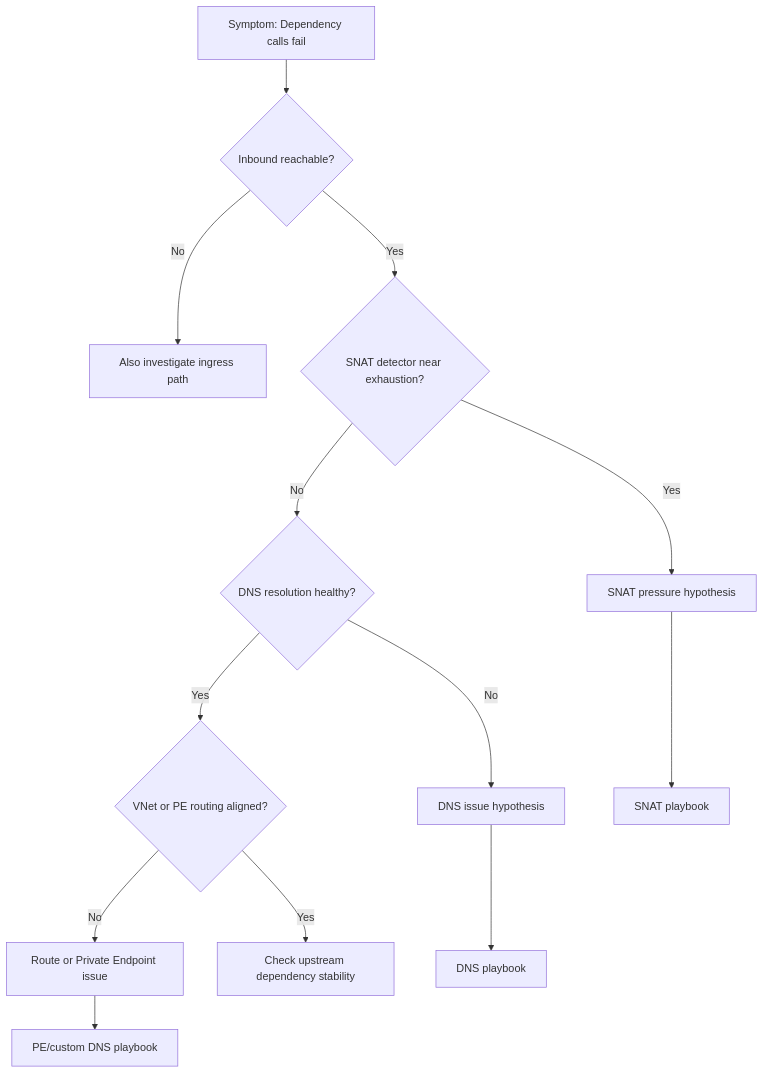
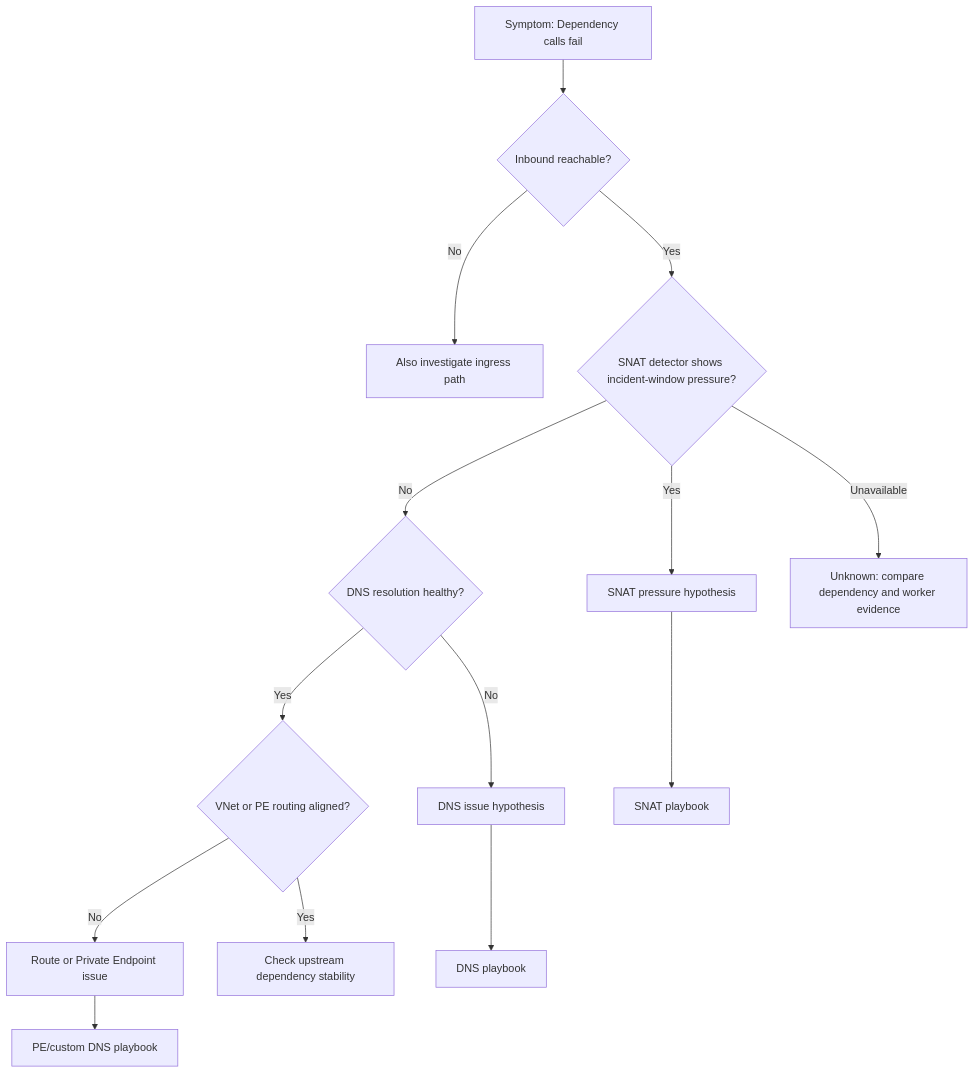
One commit to yeongseon/azure-app-service-practical-guide changed the diagram in docs/troubleshooting/first-10-minutes/outbound-network.md. Above: the diagram before and after it, drawn with Mermaid. The commit also changed other lines of this file and 11 other files, not shown here.

````diff
--- a/docs/troubleshooting/first-10-minutes/outbound-network.md
+++ b/docs/troubleshooting/first-10-minutes/outbound-network.md
@@ -29,15 +29,16 @@
 ```mermaid
 graph TD
     A[Symptom: Dependency calls fail] --> B{Inbound reachable?}
     B -- No --> C[Also investigate ingress path]
-    B -- Yes --> D{SNAT detector near exhaustion?}
+    B -- Yes --> D{SNAT detector shows incident-window pressure?}
     D -- Yes --> E[SNAT pressure hypothesis]
     D -- No --> F{DNS resolution healthy?}
+    D -- Unavailable --> U[Unknown: compare dependency and worker evidence]
     F -- No --> G[DNS issue hypothesis]
     F -- Yes --> H{VNet or PE routing aligned?}
     H -- No --> I[Route or Private Endpoint issue]
     H -- Yes --> J[Check upstream dependency stability]
     E --> K[SNAT playbook]
     G --> L[DNS playbook]
     I --> M[PE/custom DNS playbook]
 ```
````
